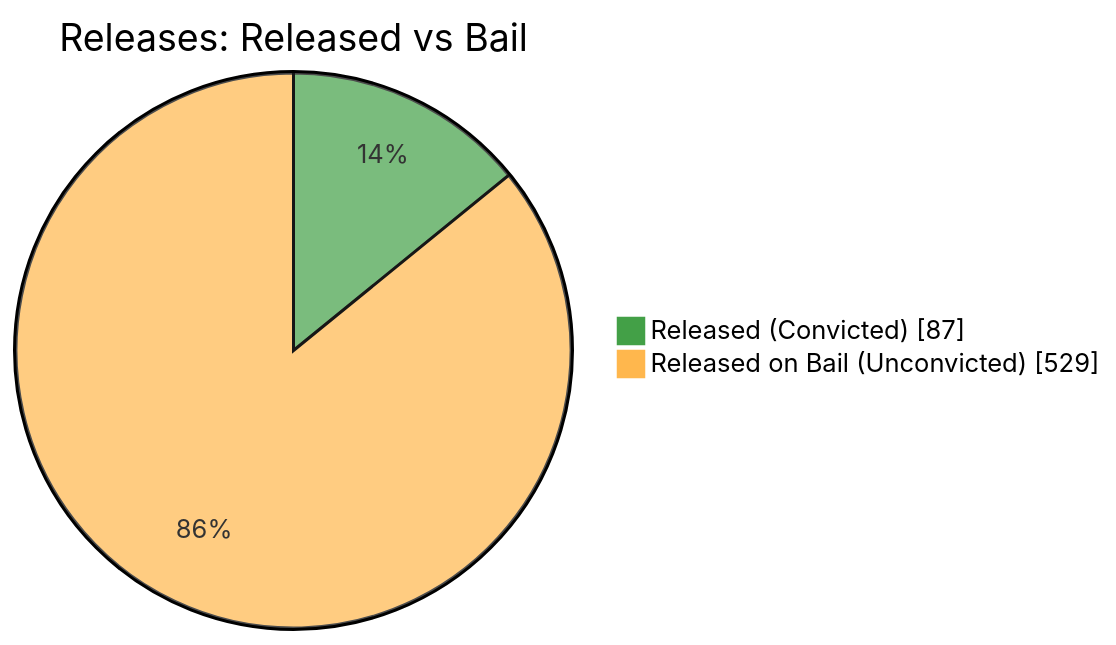
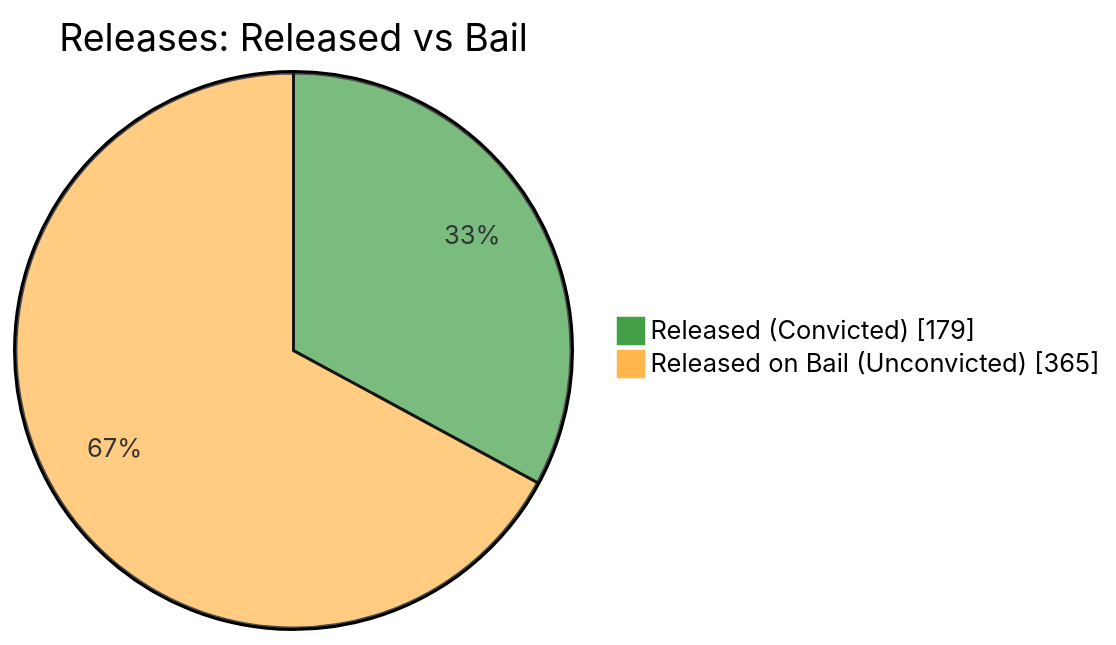
Before and after one commit to nuuuwan/lk_prisons: the fifth of 7 diagrams in README.md, drawn with Mermaid. The commit also changed other lines of this file and 1 other file, not shown here.

````diff
--- a/README.md
+++ b/README.md
@@ -87,6 +87,6 @@
 ```mermaid
 %%{init: {'themeVariables': {'pie1': '#43A047', 'pie2': '#FFB74D'}}}%%
 pie showData title Releases: Released vs Bail
-    "Released (Convicted)" : 87
-    "Released on Bail (Unconvicted)" : 529
+    "Released (Convicted)" : 179
+    "Released on Bail (Unconvicted)" : 365
 ```
````
